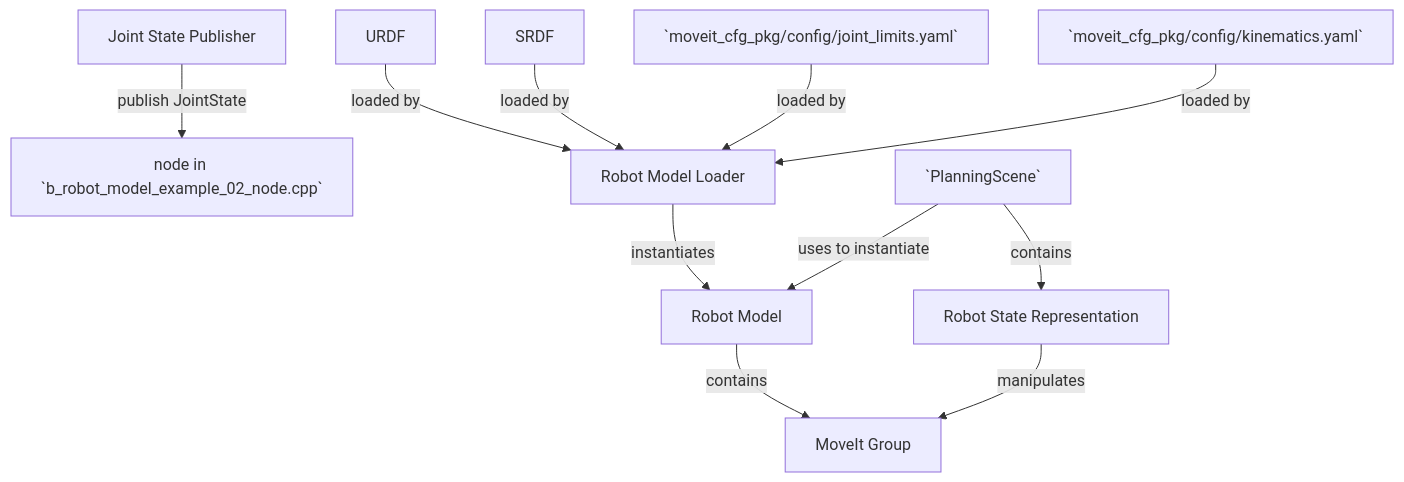
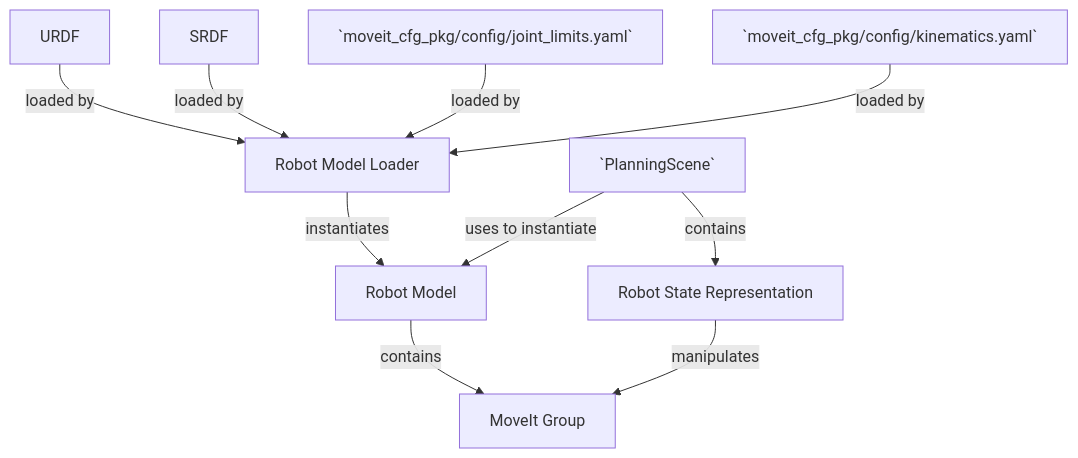
The diagram in 02_planning_scene/src/a_planning_scene_class/readme.md (rafaelrojasmiliani/moveit_tutorial), drawn with Mermaid before and after one commit.

````diff
--- a/02_planning_scene/src/a_planning_scene_class/readme.md
+++ b/02_planning_scene/src/a_planning_scene_class/readme.md
@@ -26,13 +26,12 @@
 ```mermaid
 graph TD;
-    JSP[Joint State Publisher] -- publish JointState --> N[node in `b_robot_model_example_02_node.cpp`];
     URDF -- loaded by --> RML[Robot Model Loader];
     SRDF -- loaded by --> RML;
     J[`moveit_cfg_pkg/config/joint_limits.yaml`] -- loaded by --> RML;
     K[`moveit_cfg_pkg/config/kinematics.yaml`] -- loaded by --> RML;
     RML -- instantiates --> RM[Robot Model];
     RM -- contains --> MG[MoveIt Group];
     PS[`PlanningScene`] -- uses to instantiate --> RM;
     PS -- contains --> RS[Robot State Representation];
     RS -- manipulates --> MG;
 ```
````
